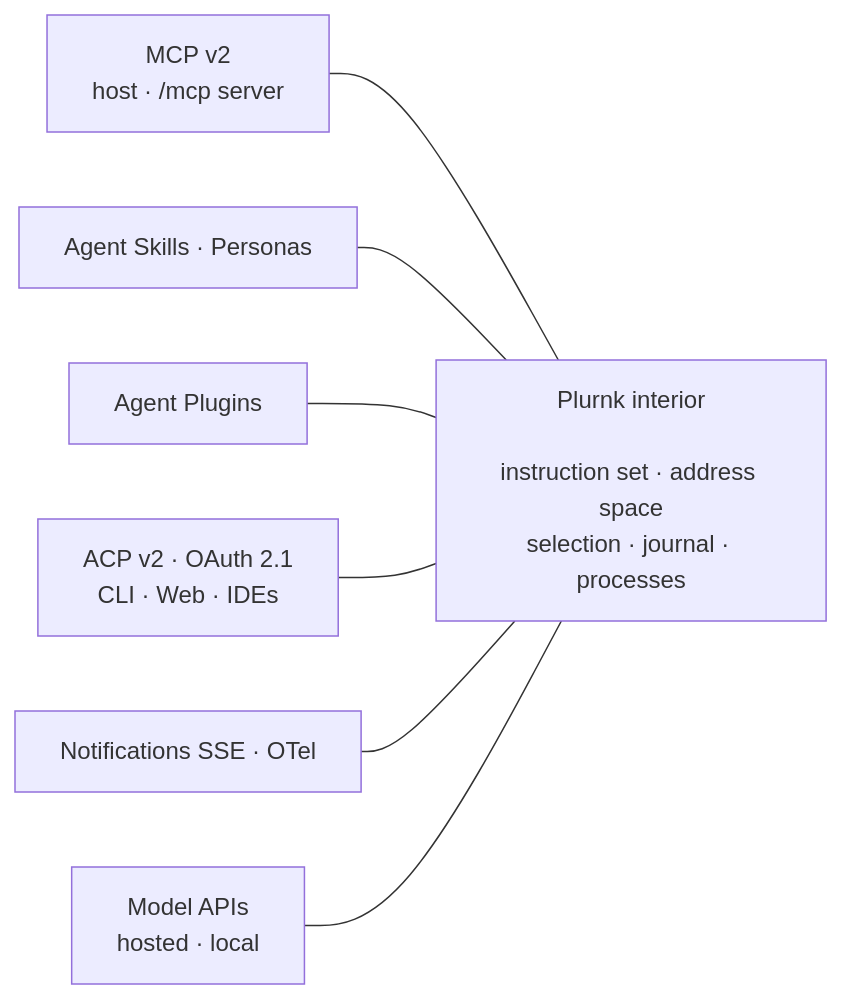
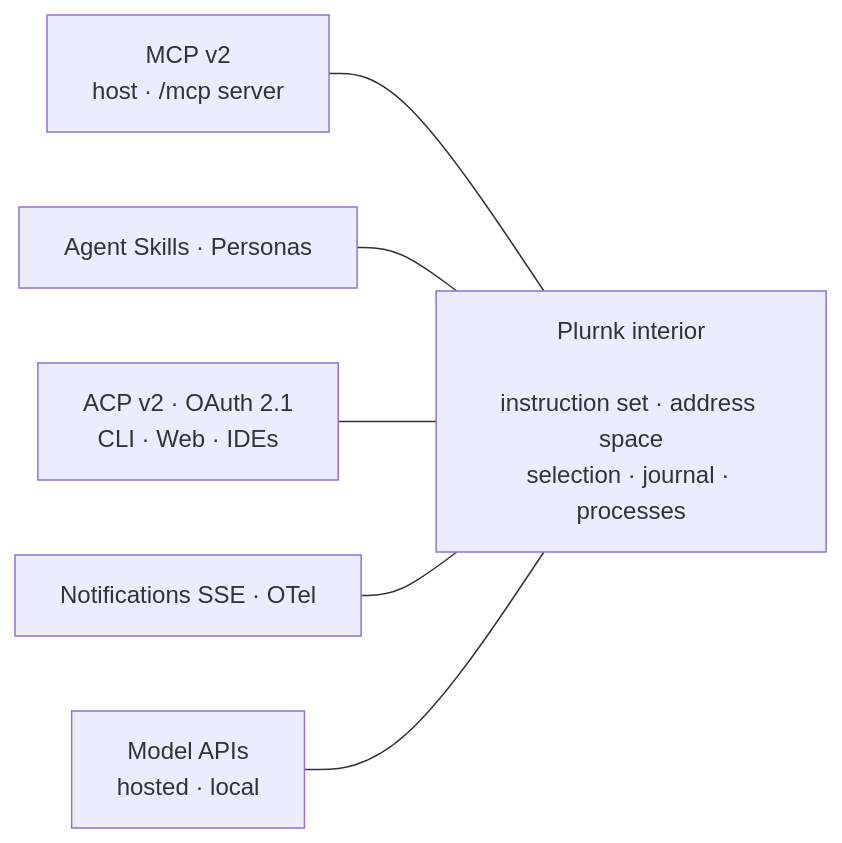
The diagram in MANIFESTO.md (plurnk/plurnk-service), drawn with Mermaid before and after one commit. The commit also changed other lines of this file and 319 other files, not shown here.

````diff
--- a/MANIFESTO.md
+++ b/MANIFESTO.md
@@ -326,10 +334,9 @@
 ```mermaid
 flowchart LR
     MCP["MCP v2<br/>host · /mcp server"] --- core
     SKILLS["Agent Skills · Personas"] --- core
-    PLUGINS["Agent Plugins"] --- core
     ACP["ACP v2 · OAuth 2.1<br/>CLI · Web · IDEs"] --- core
     OTEL["Notifications SSE · OTel"] --- core
     MODELS["Model APIs<br/>hosted · local"] --- core
     core["Plurnk interior<br/><br/>instruction set · address space<br/>selection · journal · processes"]
 ```
````
